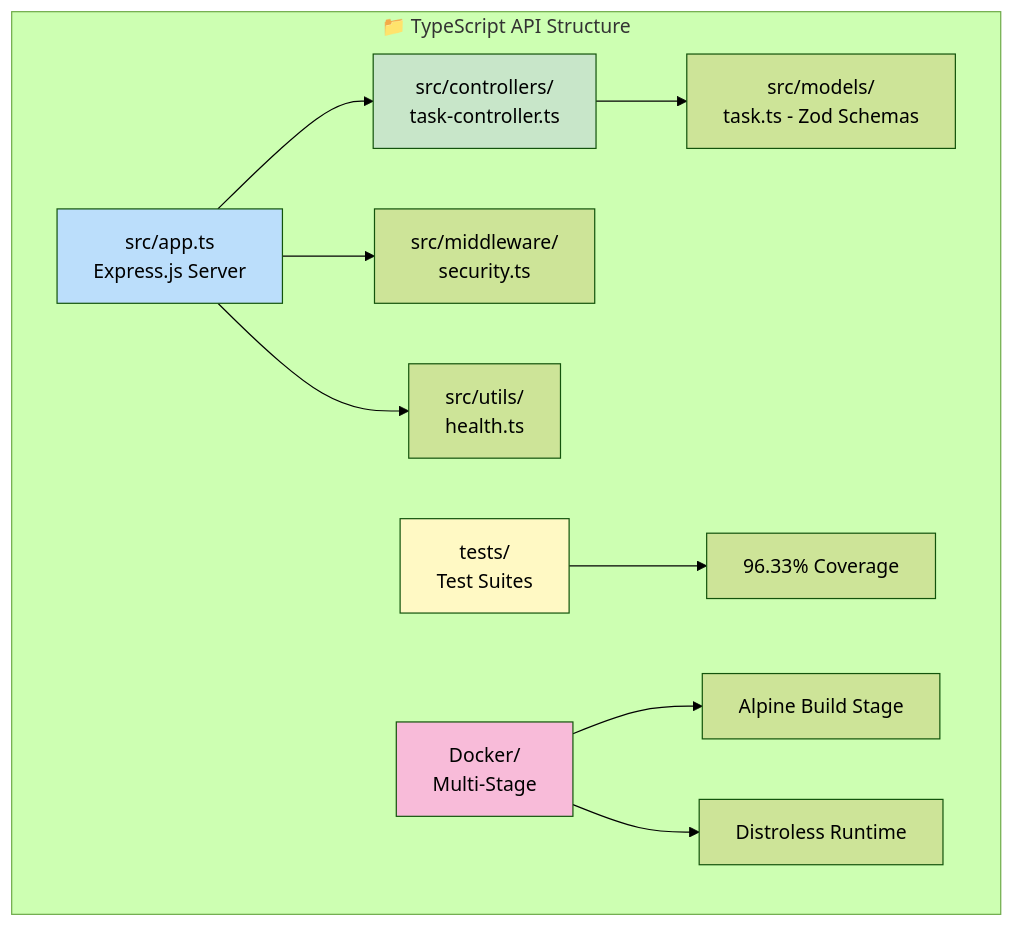
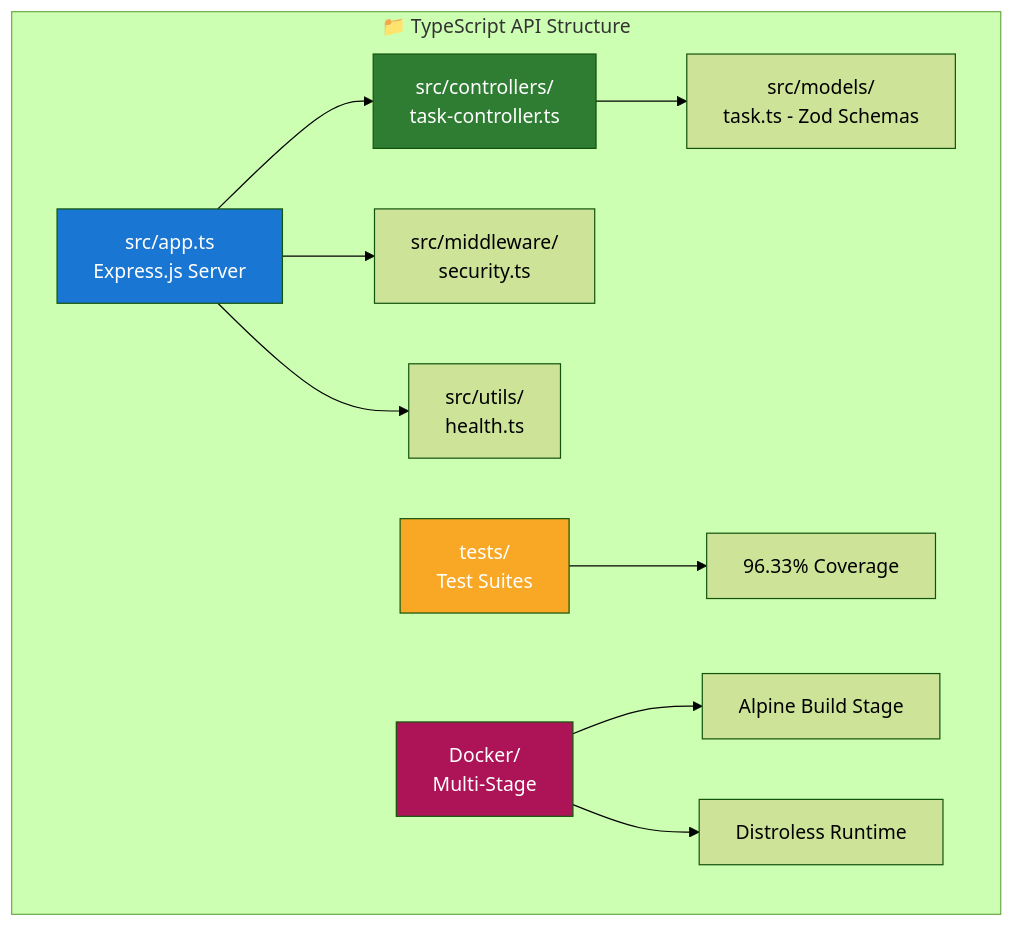
One commit to mvalancy-mt/training-materials changed the second of 22 diagrams in demos/typescript-api/README.md. Above: the diagram before and after it, drawn with Mermaid (forest theme). The commit also changed other lines of this file and 2 other files, not shown here.

First line of the commit message:
fix: improve mermaid diagram readability with high-contrast colors (#9)

````diff
--- a/demos/typescript-api/README.md
+++ b/demos/typescript-api/README.md
@@ -45,20 +45,20 @@
 ```mermaid
 flowchart TB
     subgraph "📁 TypeScript API Structure"
         A[src/app.ts<br/>Express.js Server] --> B[src/controllers/<br/>task-controller.ts]
         A --> C[src/middleware/<br/>security.ts]
         A --> D[src/utils/<br/>health.ts]
 
         B --> E[src/models/<br/>task.ts - Zod Schemas]
 
         F[tests/<br/>Test Suites] --> G[96.33% Coverage]
 
         H[Docker/<br/>Multi-Stage] --> I[Alpine Build Stage]
         H --> J[Distroless Runtime]
     end
 
-    style A fill:#bbdefb
-    style B fill:#c8e6c9
-    style F fill:#fff9c4
-    style H fill:#f8bbd9
+    style A fill:#1976d2,color:#ffffff
+    style B fill:#2e7d32,color:#ffffff
+    style F fill:#f9a825,color:#ffffff
+    style H fill:#ad1457,color:#ffffff
 ```
````
